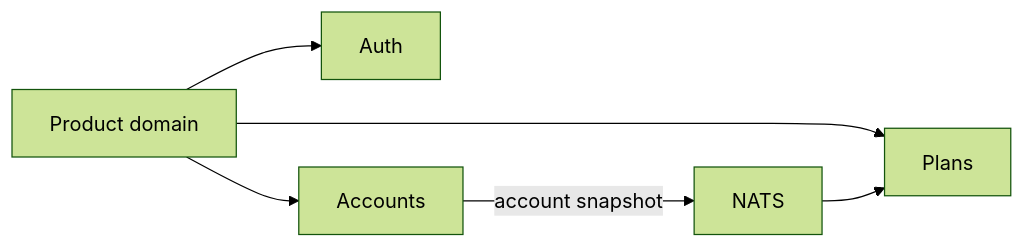
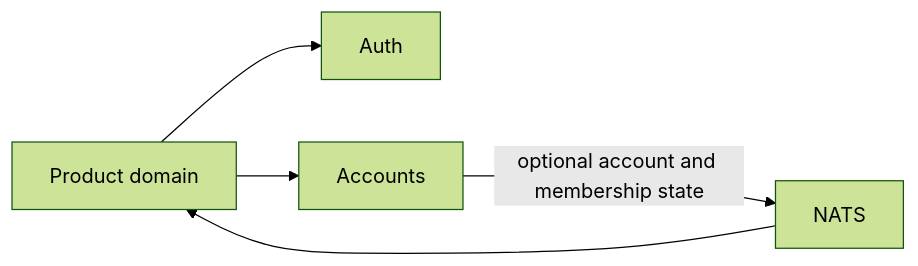
One commit to mstaicu/aperitif changed the diagram in README.md. Above: the diagram before and after it, drawn with Mermaid (forest theme). The commit also changed other lines of this file and 113 other files, not shown here.

````diff
--- a/README.md
+++ b/README.md
@@ -18,8 +17,7 @@
 ```mermaid
 flowchart LR
   Product[Product domain] --> Auth[Auth]
   Product --> Accounts[Accounts]
-  Product --> Plans[Plans]
-  Accounts -->|account snapshot| NATS[NATS]
-  NATS --> Plans
+  Accounts -->|optional account and membership state| NATS[NATS]
+  NATS --> Product
 ```
````
